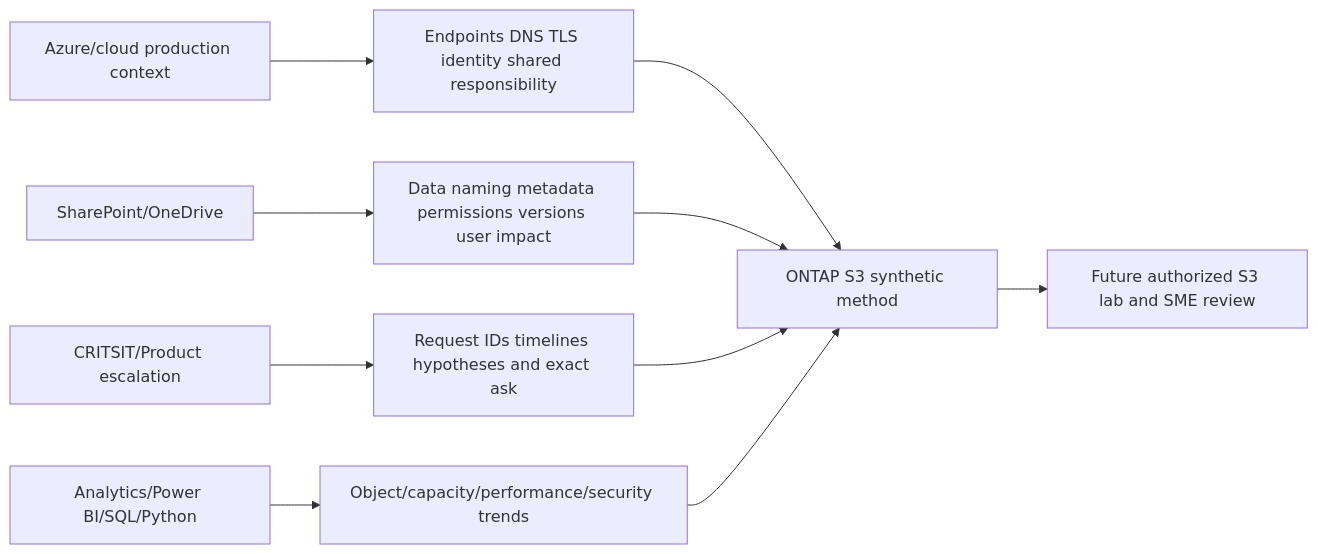
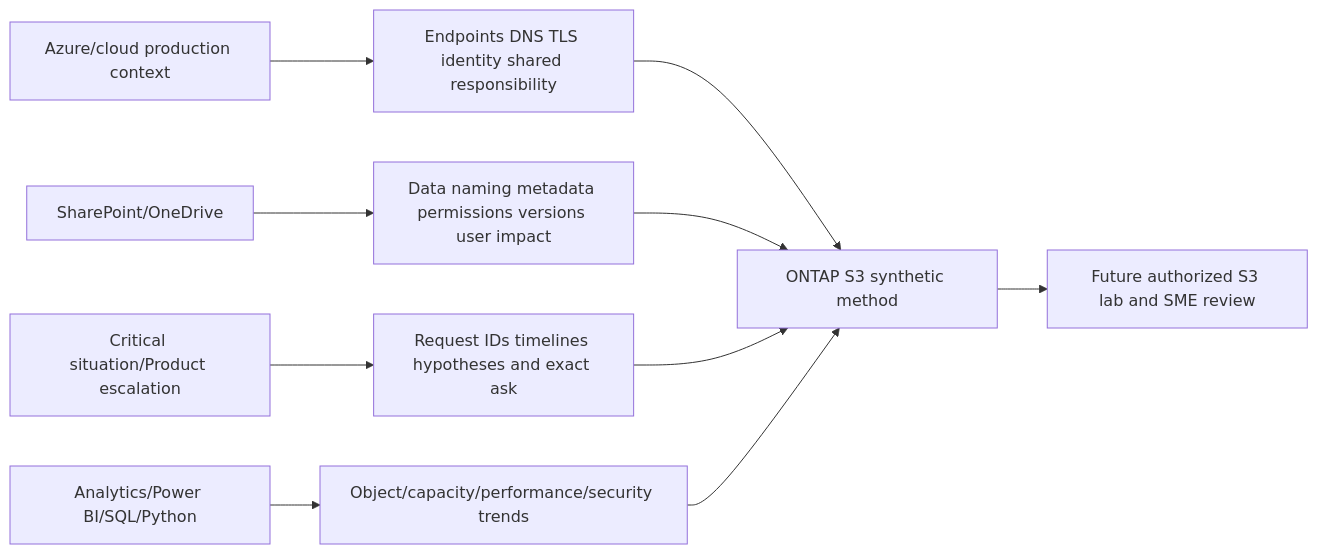
One commit to hichauhan-in/Interview-Prep changed diagram 28 of 29 in NetApp TAM/prep/Part-33-ontap-s3-object-storage.md. Above: the diagram before and after it, drawn with Mermaid. The commit also changed other lines of this file and 493 other files, not shown here.

````diff
--- a/NetApp TAM/prep/Part-33-ontap-s3-object-storage.md
+++ b/NetApp TAM/prep/Part-33-ontap-s3-object-storage.md
@@ -869,12 +869,12 @@
 ```mermaid
 flowchart LR
     AZ[Azure/cloud production context] --> API[Endpoints DNS TLS identity shared responsibility]
     SPO[SharePoint/OneDrive] --> DATA[Data naming metadata permissions versions user impact]
-    CRIT[CRITSIT/Product escalation] --> EVID[Request IDs timelines hypotheses and exact ask]
+    CRIT[Critical situation/Product escalation] --> EVID[Request IDs timelines hypotheses and exact ask]
     BI[Analytics/Power BI/SQL/Python] --> SCALE[Object/capacity/performance/security trends]
     API --> S3[ONTAP S3 synthetic method]
     DATA --> S3
     EVID --> S3
     SCALE --> S3
     S3 --> LAB[Future authorized S3 lab and SME review]
 ```
````
